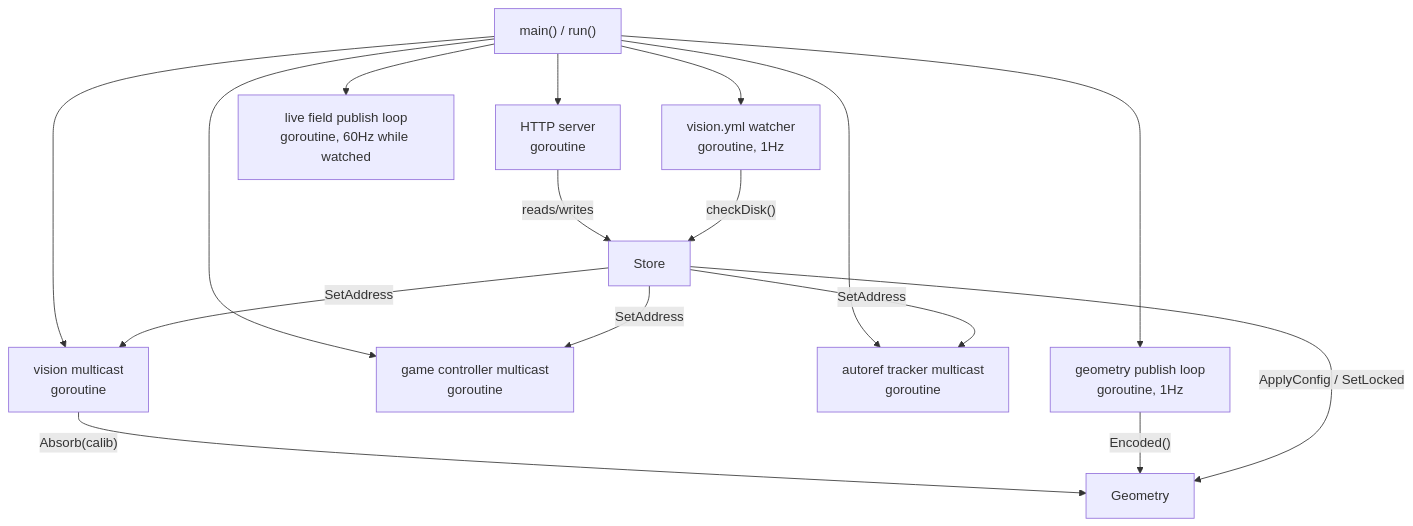
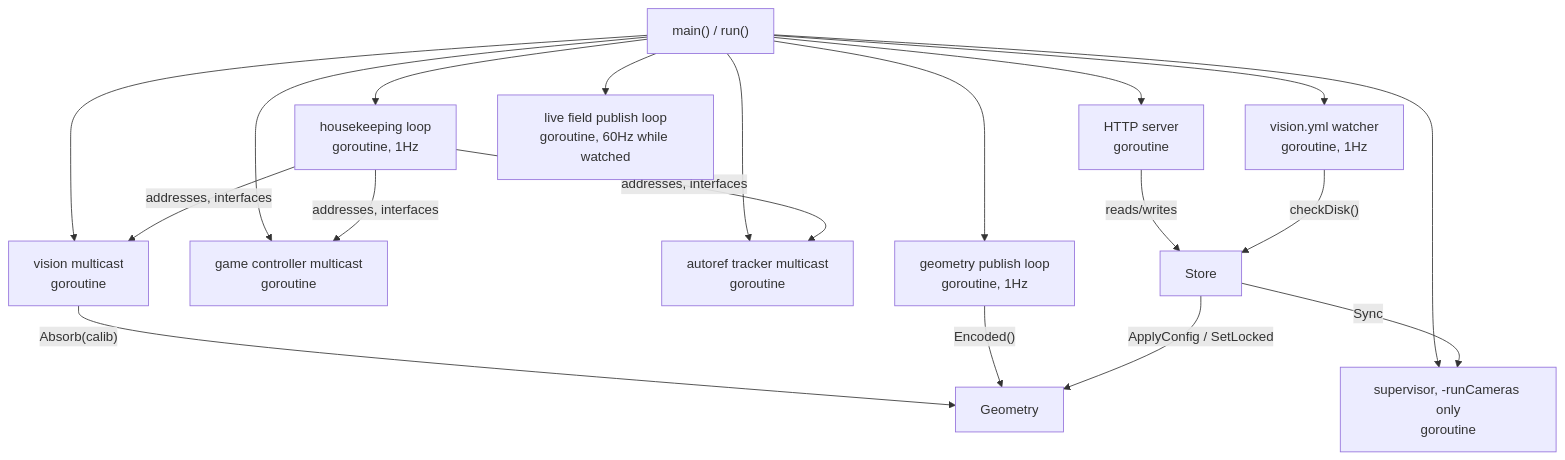
The second of 4 diagrams in gui/ARCHITECTURE.md (RoboCup-SSL/ssl-vision-processor), drawn with Mermaid before and after one commit. The commit also changed other lines of this file and 8 other files, not shown here.

Commit message:
architecture documentation updates

````diff
--- a/gui/ARCHITECTURE.md
+++ b/gui/ARCHITECTURE.md
@@ -51,27 +53,32 @@
 ```mermaid
 graph TD
     main["main() / run()"]
     http["HTTP server\ngoroutine"]
     vision["vision multicast\ngoroutine"]
     gc["game controller multicast\ngoroutine"]
     tracker["autoref tracker multicast\ngoroutine"]
     publish["geometry publish loop\ngoroutine, 1Hz"]
     watch["vision.yml watcher\ngoroutine, 1Hz"]
+    house["housekeeping loop\ngoroutine, 1Hz"]
+    procs["supervisor, -runCameras only\ngoroutine"]
     live["live field publish loop\ngoroutine, 60Hz while watched"]
 
     main --> http
     main --> vision
     main --> gc
     main --> tracker
     main --> publish
     main --> watch
     main --> live
+    main --> house
+    main --> procs
     vision -- "Absorb(calib)" --> Geometry
     publish -- "Encoded()" --> Geometry
     http -- "reads/writes" --> Store
     watch -- "checkDisk()" --> Store
     Store -- "ApplyConfig / SetLocked" --> Geometry
-    Store -- "SetAddress" --> vision
-    Store -- "SetAddress" --> gc
-    Store -- "SetAddress" --> tracker
+    house -- "addresses, interfaces" --> vision
+    house -- "addresses, interfaces" --> gc
+    house -- "addresses, interfaces" --> tracker
+    Store -- "Sync" --> procs
 ```
````
